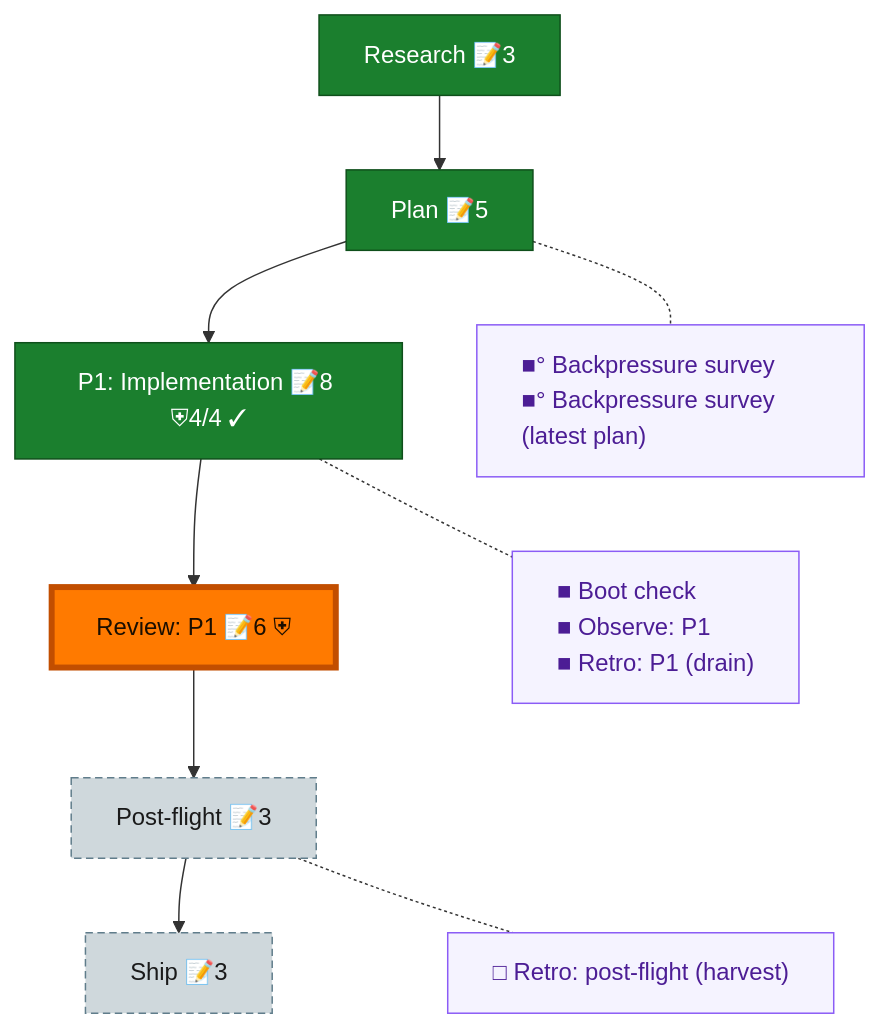
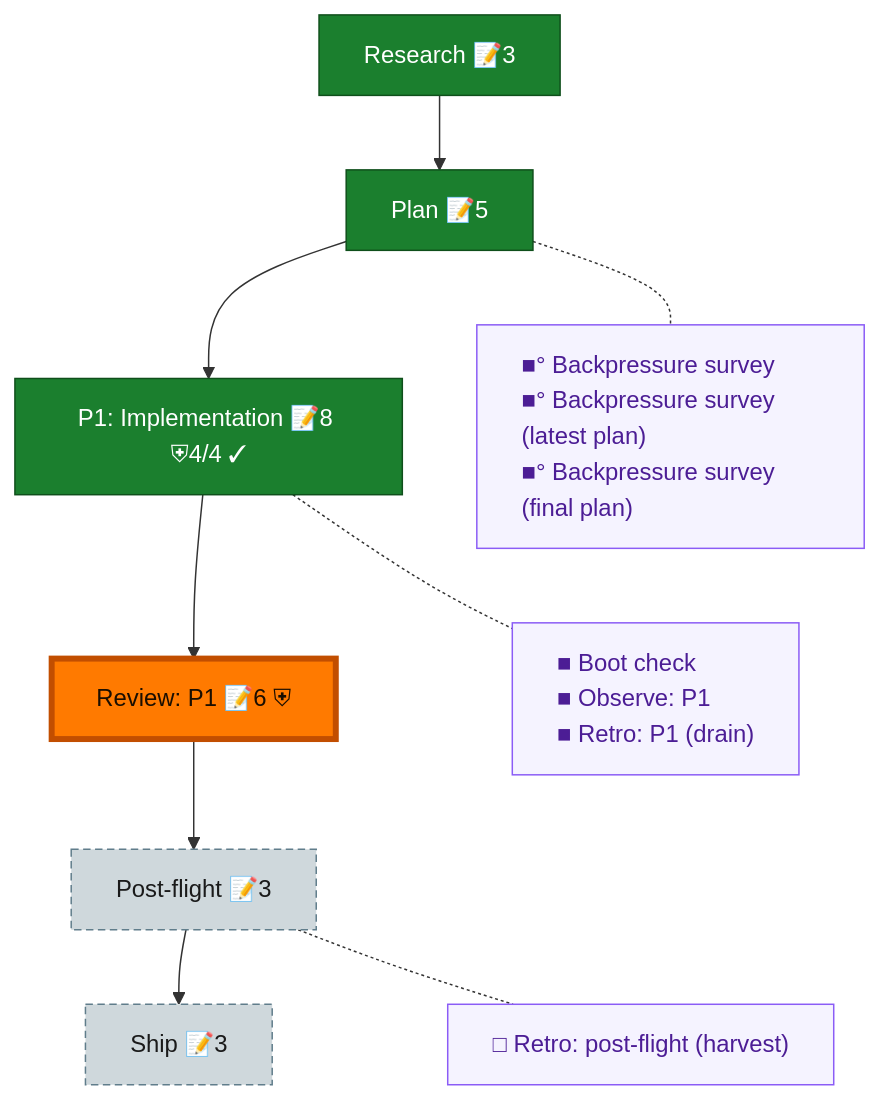
Before and after one commit to vaughanknight/pij: the diagram in docs/plans/125-omp-statusline-name/the-flow.md, drawn with Mermaid. The commit also changed other lines of this file and 23 other files, not shown here.

````diff
--- a/docs/plans/125-omp-statusline-name/the-flow.md
+++ b/docs/plans/125-omp-statusline-name/the-flow.md
@@ -8,30 +8,30 @@
 ```mermaid
 flowchart TD
     research["Research 📝3"]:::done
     plan["Plan 📝5"]:::done
     phase_1["P1: Implementation 📝8 ⛨4/4 ✓"]:::done
     review_1["Review: P1 📝6 ⛨"]:::wip
     post_flight["Post-flight 📝3"]:::assumed
     ship["Ship 📝3"]:::assumed
 
     research --> plan --> phase_1 --> review_1 --> post_flight --> ship
 
-    planC["■° Backpressure survey<br/>■° Backpressure survey (latest plan)"]:::chore
+    planC["■° Backpressure survey<br/>■° Backpressure survey (latest plan)<br/>■° Backpressure survey (final plan)"]:::chore
     phase_1C["■ Boot check<br/>■ Observe: P1<br/>■ Retro: P1 (drain)"]:::chore
     post_flightC["□ Retro: post-flight (harvest)"]:::chore
 
     %% invisible chain holds the gutter boxes in their own column
     planC ~~~ phase_1C ~~~ post_flightC
 
     %% dotted links pull each gutter box beside its node
     plan -.- planC
     phase_1 -.- phase_1C
     post_flight -.- post_flightC
 
     classDef done fill:#1B7F2E,stroke:#0F4F1B,color:#fff;
     classDef wip fill:#43C04A,stroke:#1B7F2E,color:#04210A;
     classDef assumed fill:#CFD8DC,stroke:#607D8B,color:#1a1a1a,stroke-dasharray:5 3;
     classDef chore fill:#f5f3ff,stroke:#8b5cf6,color:#4c1d95,text-align:left;
     classDef current fill:#FF7A00,stroke:#C24E00,color:#1a0e00,stroke-width:4px;
     class review_1 current;
 ```
````
